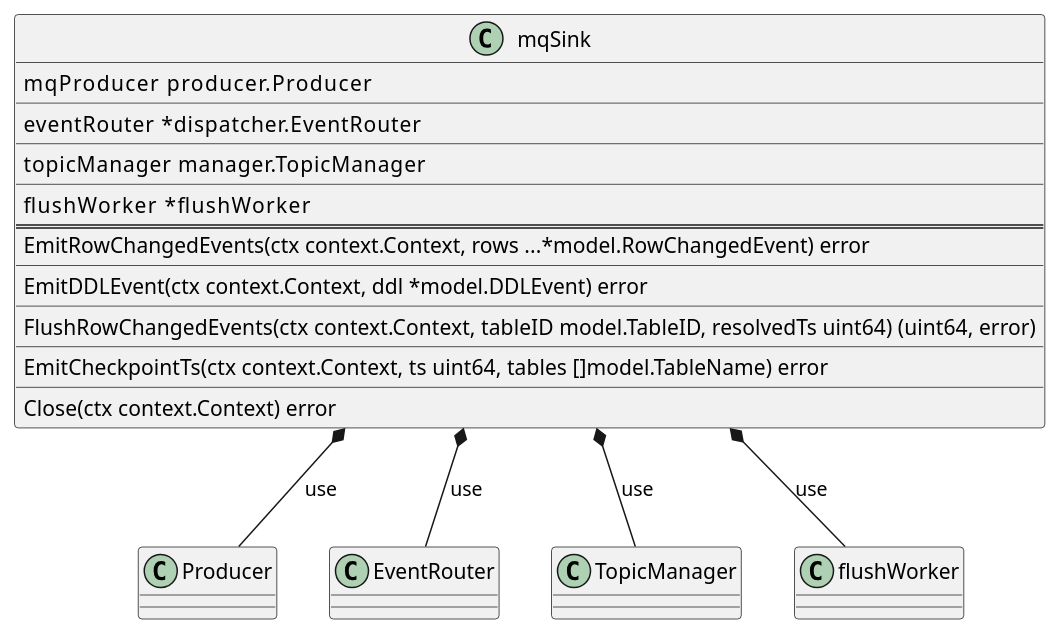
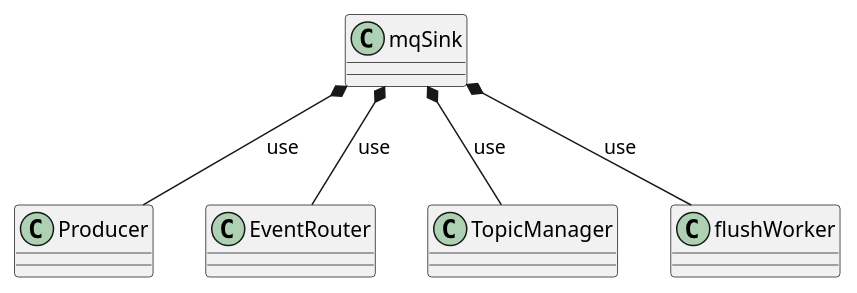
The seventh of 10 diagrams in slides.md (Rustin170506/ticdc-sink.slide), drawn with PlantUML before and after one commit. The commit also changed other lines of this file, not shown here.

Commit message:
Better graph and conent

````diff
--- a/slides.md
+++ b/slides.md
@@ -588,32 +609,14 @@
-```plantuml {scale: 1}
+```plantuml {scale: 1.2}
 @startuml
-class mqSink {
-  mqProducer       producer.Producer
-  __
-  eventRouter      *dispatcher.EventRouter
-  __
-  topicManager     manager.TopicManager
-  __
-  flushWorker      *flushWorker
-  ==
-  EmitRowChangedEvents(ctx context.Context, rows ...*model.RowChangedEvent) error
-  __
-  EmitDDLEvent(ctx context.Context, ddl *model.DDLEvent) error
-  __
-  FlushRowChangedEvents(ctx context.Context, tableID model.TableID, resolvedTs uint64) (uint64, error)
-  __
-  EmitCheckpointTs(ctx context.Context, ts uint64, tables []model.TableName) error
-  __
-  Close(ctx context.Context) error
-}
+class mqSink
 class Producer
 class EventRouter
 class TopicManager
 class flushWorker
 
 mqSink *-- Producer : use
 mqSink *-- EventRouter : use
 mqSink *-- TopicManager : use
 mqSink *-- flushWorker : use
 @enduml
 ```
````
